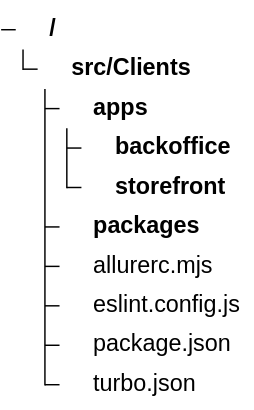
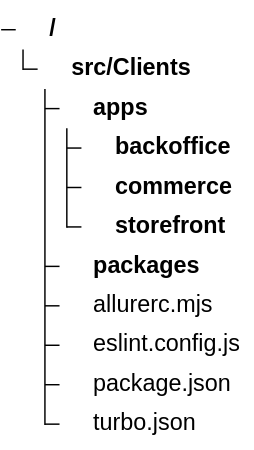
Before and after one commit to foxminchan/BookWorm: the diagram in docs/docs/frontend/mermaids/monorepo-layout.mmd, drawn with Mermaid. The commit also changed 220 other files, not shown here.

```diff
--- a/docs/docs/frontend/mermaids/monorepo-layout.mmd
+++ b/docs/docs/frontend/mermaids/monorepo-layout.mmd
@@ -1,24 +1,25 @@
 ---
 config:
   treeView:
     showIcons: true
     defaultIconPack: material-icon-theme
     filenameIcons:
       package.json: nodejs
       eslint.config.js: eslint
       turbo.json: turborepo
     extensionIcons:
       .mjs: javascript
       .js: javascript
       .json: json
 ---
 treeView-beta
   "src/Clients/"
     "apps/"
       "backoffice/"
+      "commerce/"
       "storefront/"
     "packages/"
     "allurerc.mjs"
     "eslint.config.js"
     "package.json"
     "turbo.json"
```
